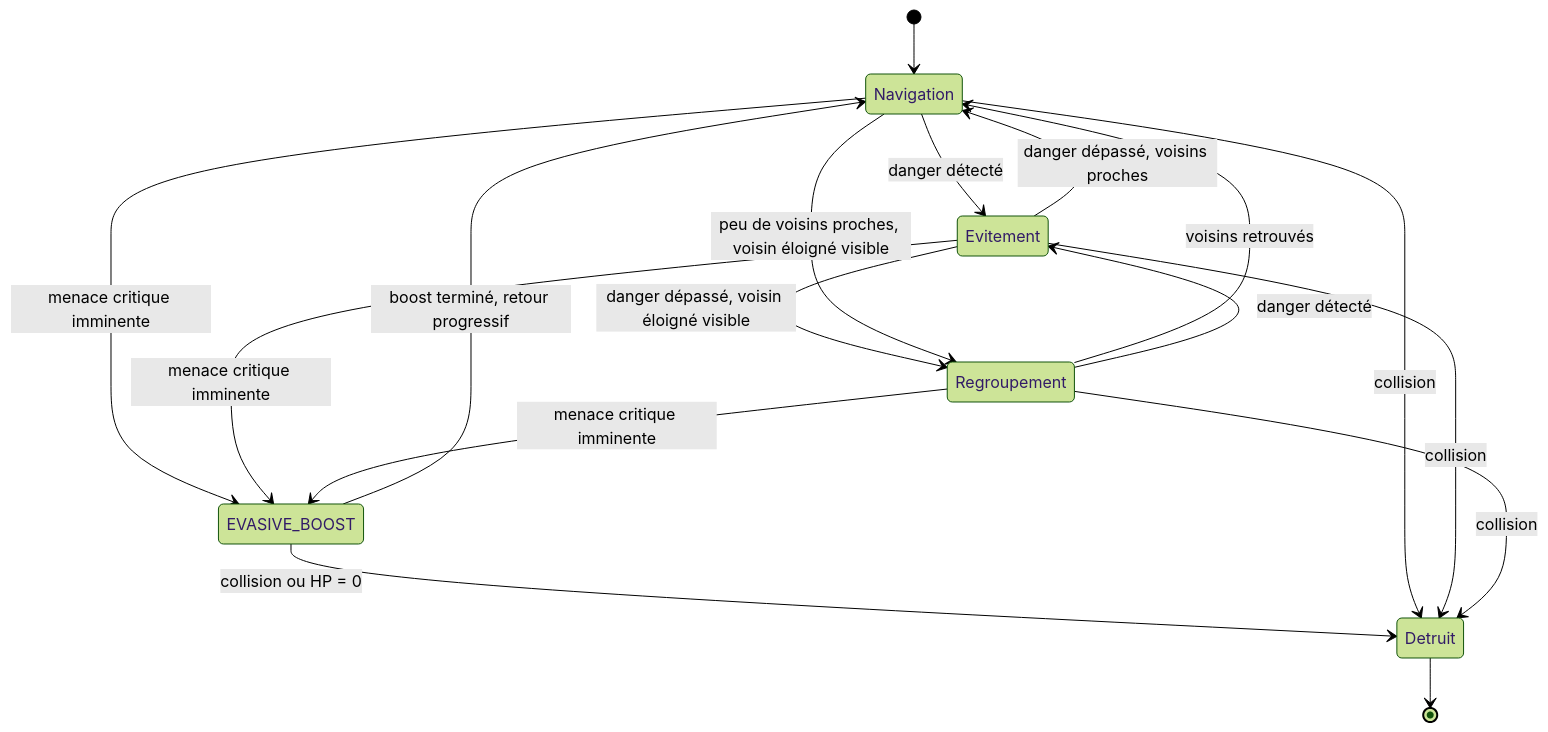
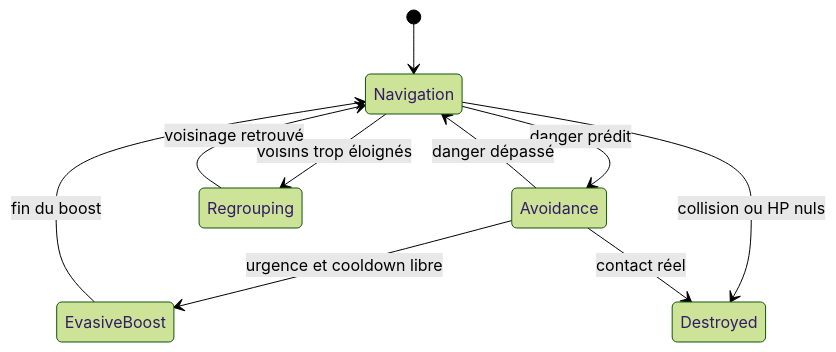
One commit to Hoarau-arnaud/Godot_M2_ILIADE changed the first of 5 diagrams in RAPPORT.md. Above: the diagram before and after it, drawn with Mermaid (forest theme). The commit also changed other lines of this file and 15 other files, not shown here.

````diff
--- a/RAPPORT.md
+++ b/RAPPORT.md
@@ -461,23 +30,12 @@
 ```mermaid
 stateDiagram-v2
     [*] --> Navigation
-
-    state "EVASIVE_BOOST" as Boost
-    Navigation --> Boost : menace critique imminente
-    Evitement --> Boost : menace critique imminente
-    Regroupement --> Boost : menace critique imminente
-    Boost --> Navigation : boost terminé, retour progressif
-    Boost --> Detruit : collision ou HP = 0
-    Navigation --> Evitement : danger détecté
-    Evitement --> Navigation : danger dépassé, voisins proches
-    Evitement --> Regroupement : danger dépassé, voisin éloigné visible
-    Navigation --> Regroupement : peu de voisins proches, voisin éloigné visible
-    Regroupement --> Navigation : voisins retrouvés
-    Regroupement --> Evitement : danger détecté
-
-    Navigation --> Detruit : collision
-    Evitement --> Detruit : collision
-    Regroupement --> Detruit : collision
-
-    Detruit --> [*]
+    Navigation --> Avoidance: danger prédit
+    Avoidance --> Navigation: danger dépassé
+    Navigation --> Regrouping: voisins trop éloignés
+    Regrouping --> Navigation: voisinage retrouvé
+    Avoidance --> EvasiveBoost: urgence et cooldown libre
+    EvasiveBoost --> Navigation: fin du boost
+    Navigation --> Destroyed: collision ou HP nuls
+    Avoidance --> Destroyed: contact réel
 ```
````
